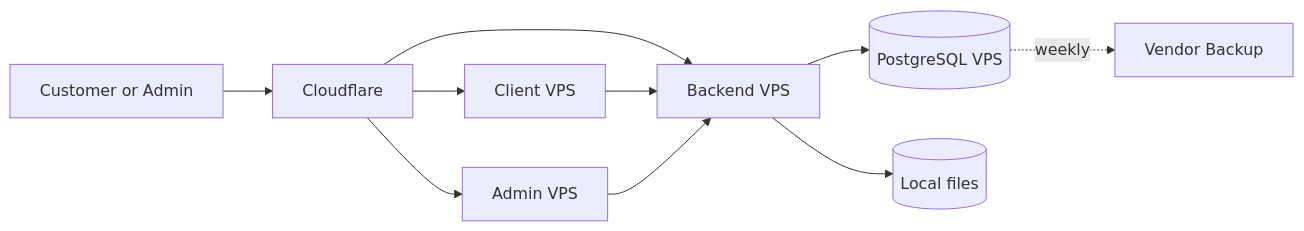
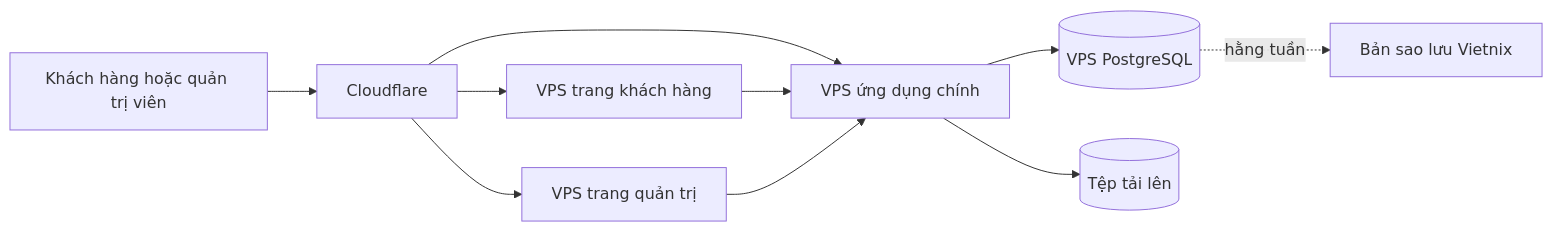
The diagram in deployments/option-3-separate-services/architecture.md (LeeTun2k2/insumart-docs), drawn with Mermaid before and after one commit. The commit also changed other lines of this file and 7 other files, not shown here.

Commit message:
Translate deployment architecture and incident response documents to Vietnamese, update cost estimates, and refine maintenance work descriptions for clarity and consistency.

````diff
--- a/deployments/option-3-separate-services/architecture.md
+++ b/deployments/option-3-separate-services/architecture.md
@@ -14,12 +16,12 @@
 ```mermaid
 flowchart LR
-    User[Customer or Admin] --> CF[Cloudflare]
-    CF --> Client[Client VPS]
-    CF --> Admin[Admin VPS]
-    CF --> API[Backend VPS]
-    Client --> API
-    Admin --> API
-    API --> DB[(PostgreSQL VPS)]
-    API --> Files[(Local files)]
-    DB -. weekly .-> Backup[Vendor Backup]
+    NguoiDung[Khách hàng hoặc quản trị viên] --> CF[Cloudflare]
+    CF --> KhachHang[VPS trang khách hàng]
+    CF --> QuanTri[VPS trang quản trị]
+    CF --> UngDung[VPS ứng dụng chính]
+    KhachHang --> UngDung
+    QuanTri --> UngDung
+    UngDung --> DB[(VPS PostgreSQL)]
+    UngDung --> Tep[(Tệp tải lên)]
+    DB -. hằng tuần .-> SaoLuu[Bản sao lưu Vietnix]
 ```
````
